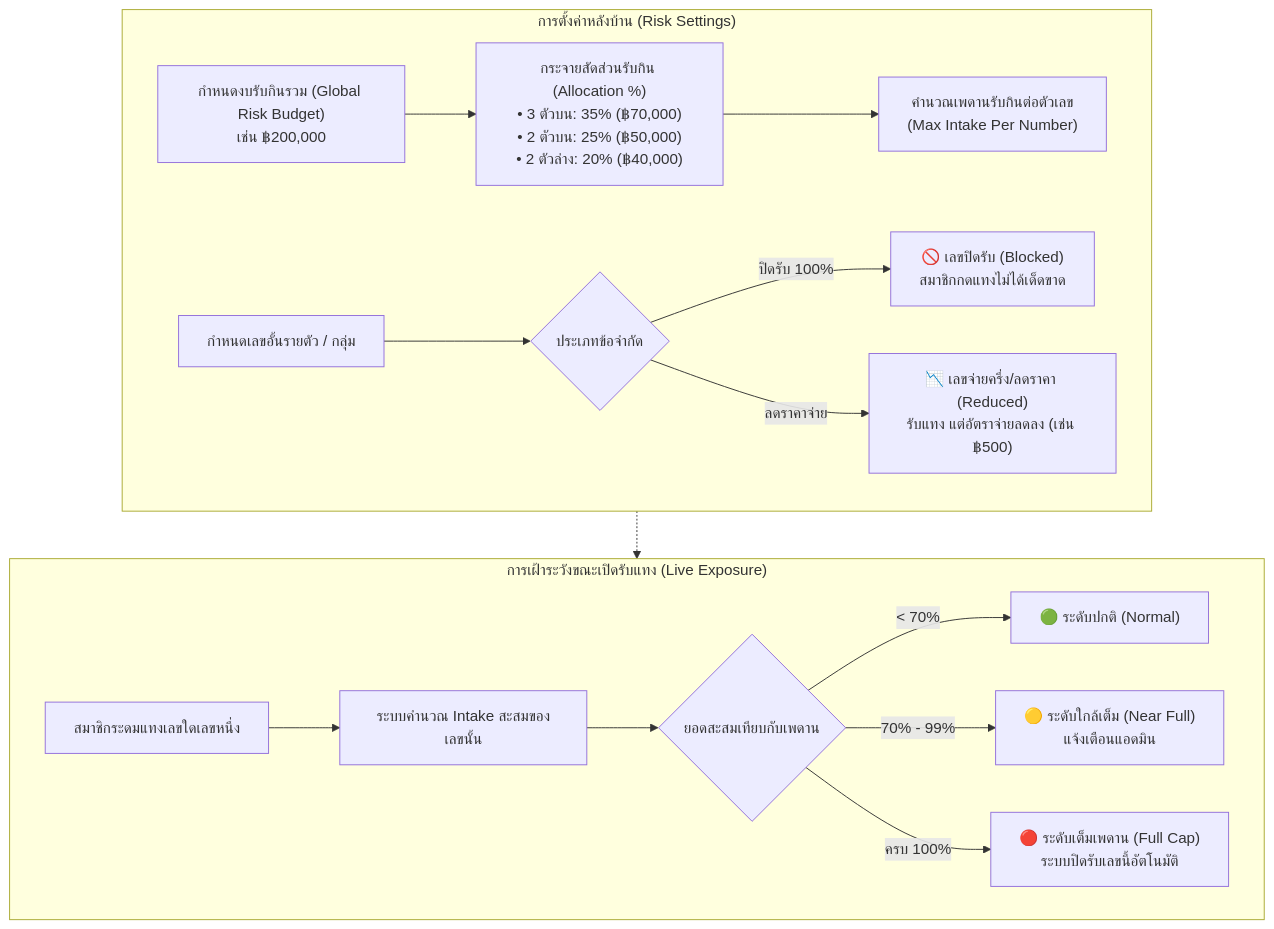
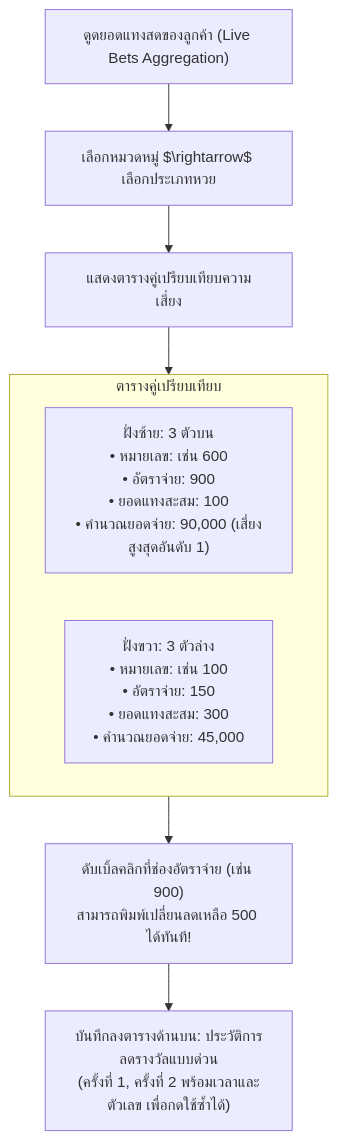
The fifth of 7 diagrams in LOTTERY_CORE_SYSTEM_ARCHITECTURE_DOC.md (ninekau0907151987/-ak88-lotto), drawn with Mermaid before and after one commit. The commit also changed other lines of this file, not shown here.

Commit message:
docs: update core architecture to reflect 3-step risk engine, dual-mode reduction, and live quick cut

````diff
--- a/LOTTERY_CORE_SYSTEM_ARCHITECTURE_DOC.md
+++ b/LOTTERY_CORE_SYSTEM_ARCHITECTURE_DOC.md
@@ -112,21 +202,15 @@
 ```mermaid
 flowchart TD
-    subgraph Config["การตั้งค่าหลังบ้าน (Risk Settings)"]
-        B1["กำหนดงบรับกินรวม (Global Risk Budget)<br/>เช่น ฿200,000"] --> B2["กระจายสัดส่วนรับกิน (Allocation %)<br/>• 3 ตัวบน: 35% (฿70,000)<br/>• 2 ตัวบน: 25% (฿50,000)<br/>• 2 ตัวล่าง: 20% (฿40,000)"]
-        B2 --> B3["คำนวณเพดานรับกินต่อตัวเลข<br/>(Max Intake Per Number)"]
-        
-        R1["กำหนดเลขอั้นรายตัว / กลุ่ม"] --> R2{"ประเภทข้อจำกัด"}
-        R2 -- "ปิดรับ 100%" --> BlockedRule["🚫 เลขปิดรับ (Blocked)<br/>สมาชิกกดแทงไม่ได้เด็ดขาด"]
-        R2 -- "ลดราคาจ่าย" --> ReducedRule["📉 เลขจ่ายครึ่ง/ลดราคา (Reduced)<br/>รับแทง แต่อัตราจ่ายลดลง (เช่น ฿500)"]
+    LiveIntake["ดูดยอดแทงสดของลูกค้า (Live Bets Aggregation)"] --> SelectLottery["เลือกหมวดหมู่ $\rightarrow$ เลือกประเภทหวย"]
+    
+    SelectLottery --> SplitView["แสดงตารางคู่เปรียบเทียบความเสี่ยง"]
+    
+    subgraph Comparison["ตารางคู่เปรียบเทียบ"]
+        ColLeft["ฝั่งซ้าย: 3 ตัวบน<br/>• หมายเลข: เช่น 600<br/>• อัตราจ่าย: 900<br/>• ยอดแทงสะสม: 100<br/>• คำนวณยอดจ่าย: 90,000 (เสี่ยงสูงสุดอันดับ 1)"]
+        ColRight["ฝั่งขวา: 3 ตัวล่าง<br/>• หมายเลข: เช่น 100<br/>• อัตราจ่าย: 150<br/>• ยอดแทงสะสม: 300<br/>• คำนวณยอดจ่าย: 45,000"]
     end
 
-    subgraph RuntimeExposure["การเฝ้าระวังขณะเปิดรับแทง (Live Exposure)"]
-        M1["สมาชิกระดมแทงเลขใดเลขหนึ่ง"] --> M2["ระบบคำนวณ Intake สะสมของเลขนั้น"]
-        M2 --> M3{"ยอดสะสมเทียบกับเพดาน"}
-        M3 -- "< 70%" --> StateGreen["🟢 ระดับปกติ (Normal)"]
-        M3 -- "70% - 99%" --> StateNear["🟡 ระดับใกล้เต็ม (Near Full)<br/>แจ้งเตือนแอดมิน"]
-        M3 -- "ครบ 100%" --> StateFull["🔴 ระดับเต็มเพดาน (Full Cap)<br/>ระบบปิดรับเลขนี้อัตโนมัติ"]
-    end
-
-    Config -.-> RuntimeExposure
+    SplitView --> Comparison
+    Comparison --> ActionQuickCut["ดับเบิ้ลคลิกที่ช่องอัตราจ่าย (เช่น 900)<br/>สามารถพิมพ์เปลี่ยนลดเหลือ 500 ได้ทันที!"]
+    ActionQuickCut --> LogHistory["บันทึกลงตารางด้านบน: ประวัติการลดรางวัลแบบด่วน<br/>(ครั้งที่ 1, ครั้งที่ 2 พร้อมเวลาและตัวเลข เพื่อกดใช้ซ้ำได้)"]
 ```
````
